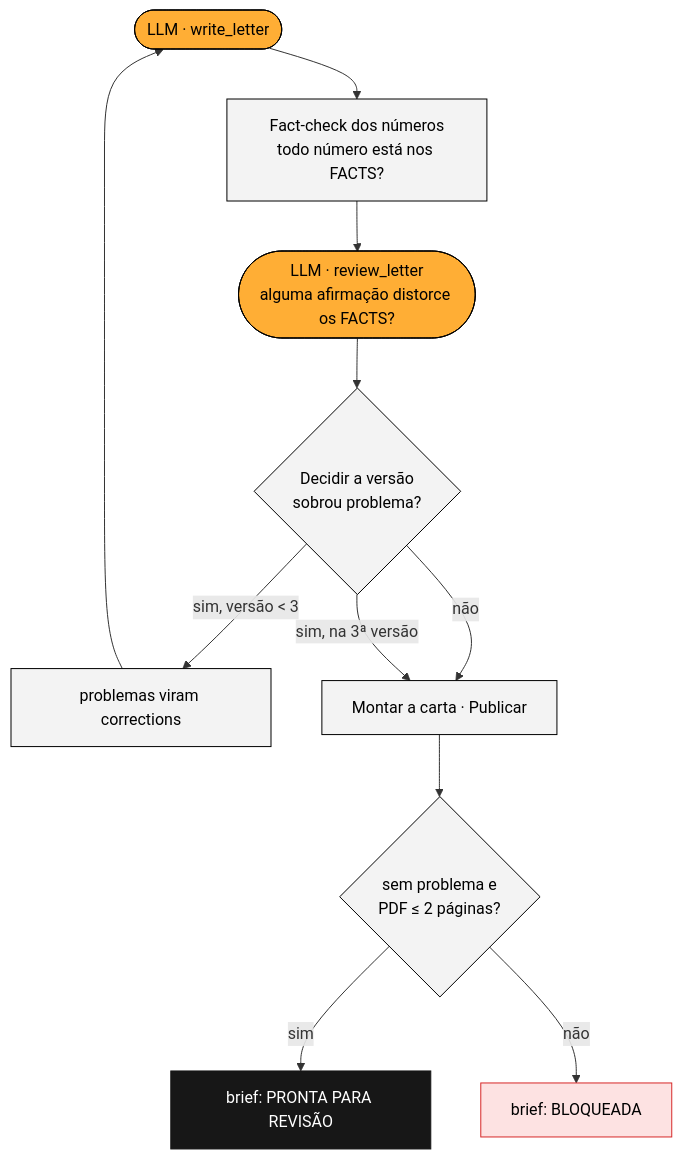
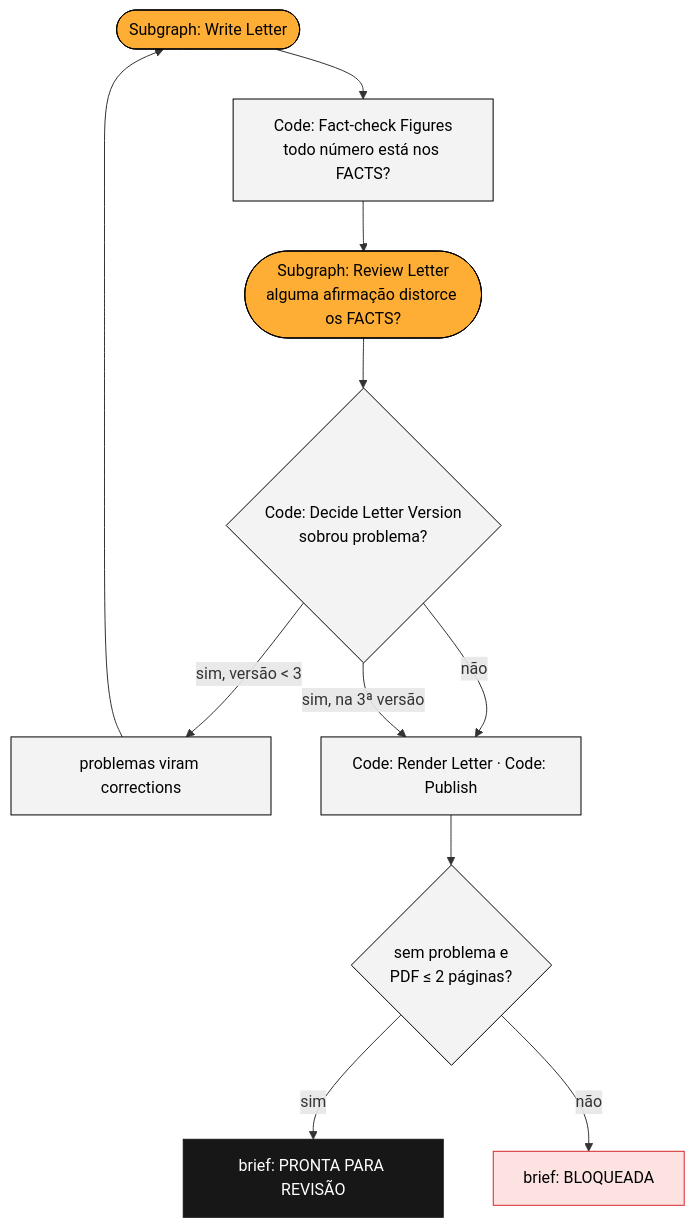
Before and after one commit to eu-adrianocarvalho/enter-challenge: the third of 3 diagrams in docs/06_qualidade_e_travas.md, drawn with Mermaid. The commit also changed other lines of this file and 73 other files, not shown here.

````diff
--- a/docs/06_qualidade_e_travas.md
+++ b/docs/06_qualidade_e_travas.md
@@ -93,20 +93,20 @@
 ```mermaid
 flowchart TD
-  W(["LLM · write_letter"]) --> F["Fact-check dos números<br/>todo número está nos FACTS?"]
-  F --> R(["LLM · review_letter<br/>alguma afirmação distorce os FACTS?"])
-  R --> Q{"Decidir a versão<br/>sobrou problema?"}
+  W(["Subgraph: Write Letter"]) --> F["Code: Fact-check Figures<br/>todo número está nos FACTS?"]
+  F --> R(["Subgraph: Review Letter<br/>alguma afirmação distorce os FACTS?"])
+  R --> Q{"Code: Decide Letter Version<br/>sobrou problema?"}
   Q -- "sim, versão < 3" --> K["problemas viram corrections"] --> W
-  Q -- "não" --> P["Montar a carta · Publicar"]
+  Q -- "não" --> P["Code: Render Letter · Code: Publish"]
   Q -- "sim, na 3ª versão" --> P
   P --> G{"sem problema e<br/>PDF ≤ 2 páginas?"}
   G -- sim --> OK["brief: PRONTA PARA REVISÃO"]
   G -- não --> B["brief: BLOQUEADA"]
   classDef rivet fill:#ffae35,stroke:#000,color:#000
   classDef code fill:#f3f3f3,stroke:#000,color:#000
   classDef io fill:#171717,stroke:#171717,color:#fff
   classDef bad fill:#fde2e2,stroke:#d62828,color:#000
   class W,R rivet
   class F,Q,K,P,G code
   class OK io
   class B bad
 ```
````
